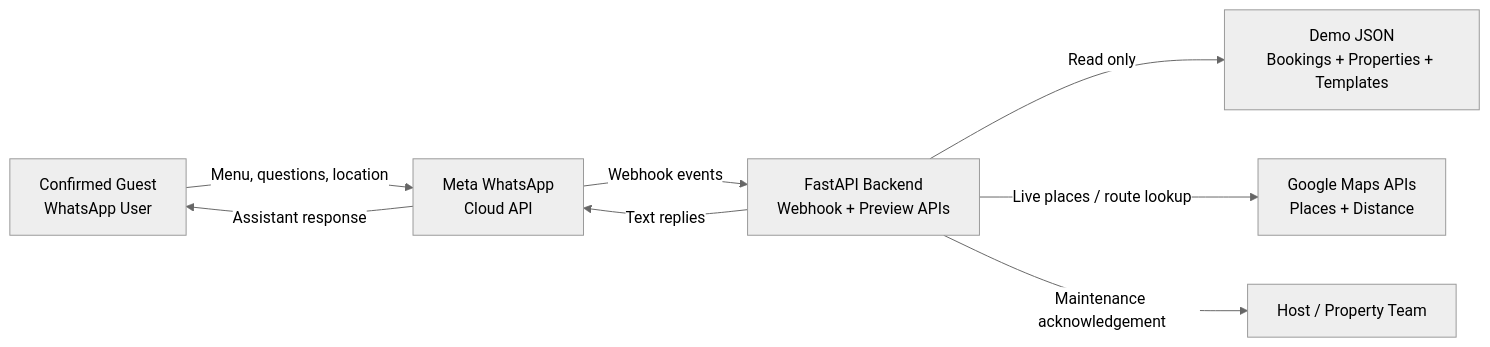
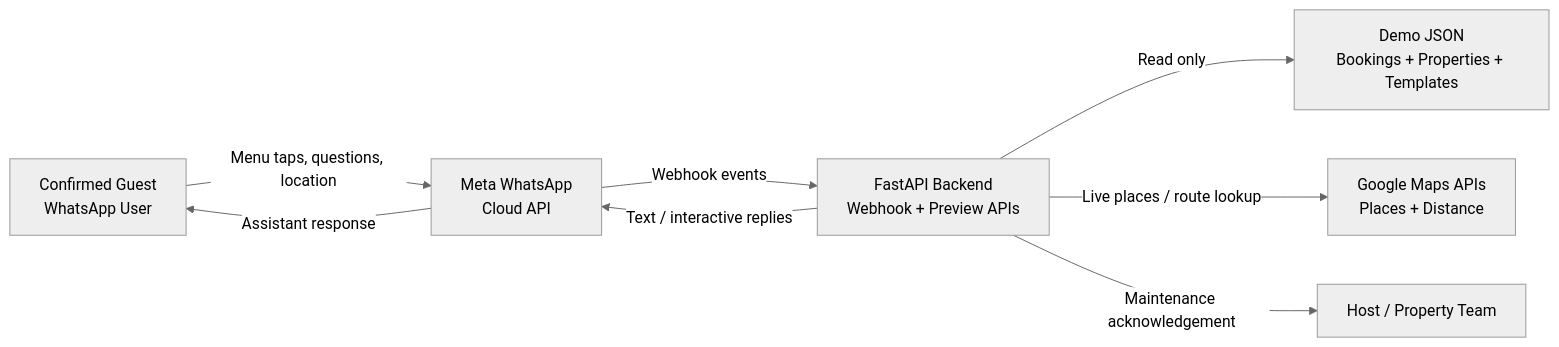
One commit to dhiraj-solace/rental-property-whatsApp-bot changed the first of 3 diagrams in docs/architecture-and-activity-diagrams.md. Above: the diagram before and after it, drawn with Mermaid (neutral theme). The commit also changed other lines of this file and 4 other files, not shown here.

````diff
--- a/docs/architecture-and-activity-diagrams.md
+++ b/docs/architecture-and-activity-diagrams.md
@@ -7,18 +7,18 @@
 ```mermaid
 flowchart LR
     Guest["Confirmed Guest<br/>WhatsApp User"]
     Meta["Meta WhatsApp<br/>Cloud API"]
     API["FastAPI Backend<br/>Webhook + Preview APIs"]
     Data["Demo JSON<br/>Bookings + Properties + Templates"]
     Maps["Google Maps APIs<br/>Places + Distance"]
     Host["Host / Property Team"]
 
-    Guest -->|"Menu, questions, location"| Meta
+    Guest -->|"Menu taps, questions, location"| Meta
     Meta -->|"Webhook events"| API
-    API -->|"Text replies"| Meta
+    API -->|"Text / interactive replies"| Meta
     Meta -->|"Assistant response"| Guest
 
     API -->|"Read only"| Data
     API -->|"Live places / route lookup"| Maps
     API -->|"Maintenance acknowledgement"| Host
 ```
````
